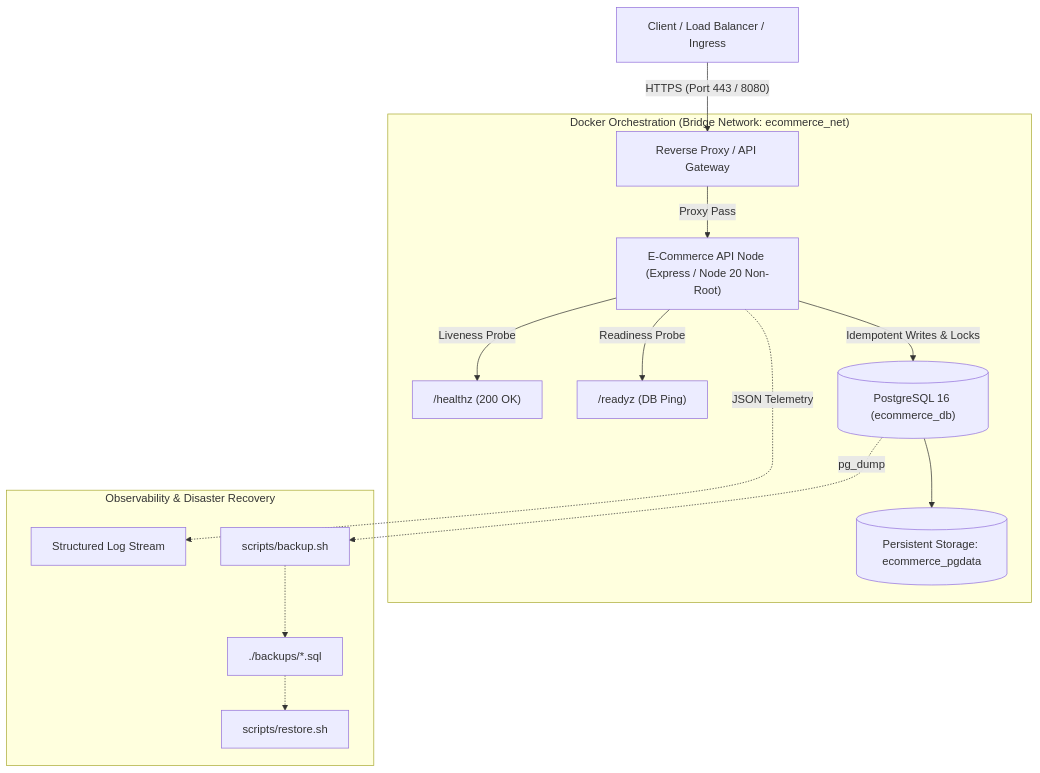
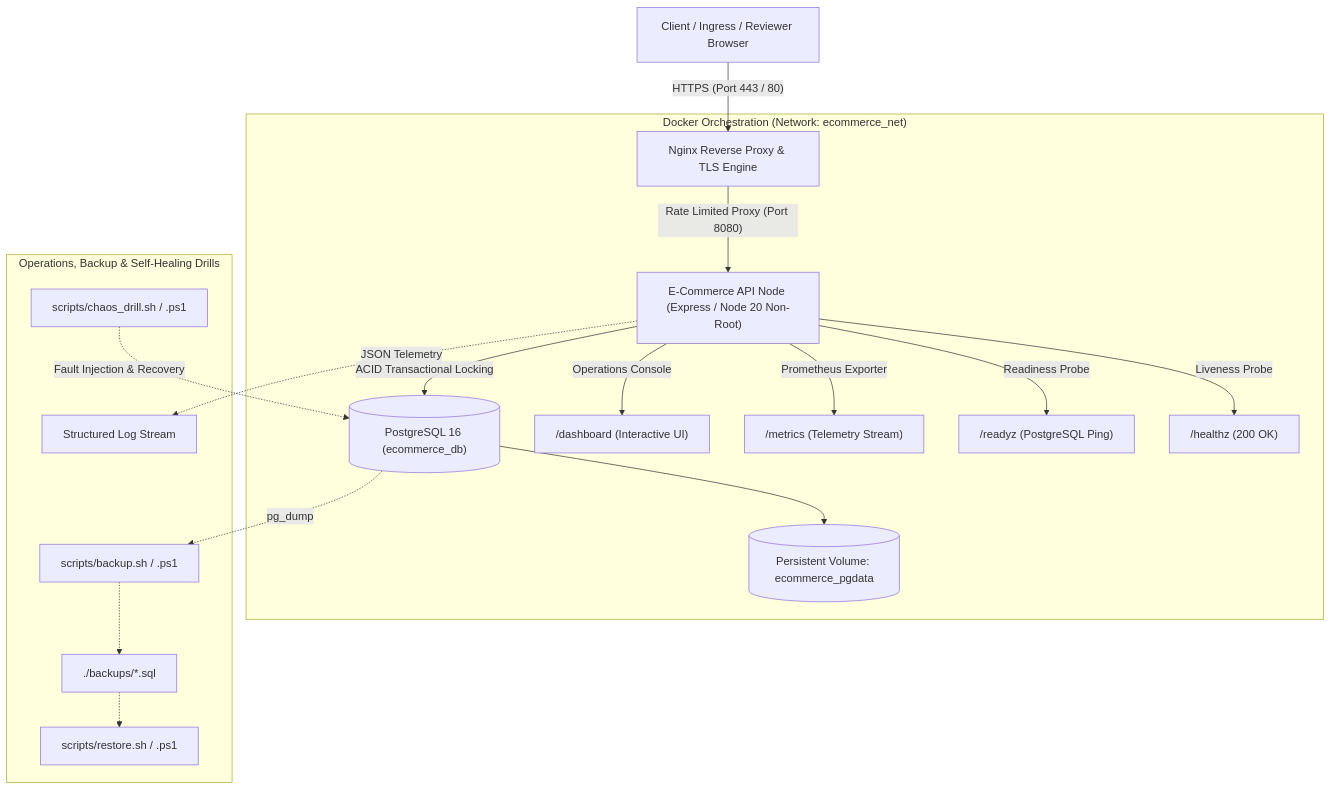
The diagram in README.md (mohitrajdeo/algions-cloud-ecommerce-platform), drawn with Mermaid before and after one commit. The commit also changed other lines of this file and 12 other files, not shown here.

Commit message:
feat: add interactive operations dashboard, Prometheus metrics exporter, Nginx TLS proxy, and chaos recovery drill

````diff
--- a/README.md
+++ b/README.md
@@ -17,21 +17,24 @@
 ```mermaid
 flowchart TD
-    Client["Client / Load Balancer / Ingress"] -->|"HTTPS (Port 443 / 8080)"| Gateway["Reverse Proxy / API Gateway"]
+    Client["Client / Ingress / Reviewer Browser"] -->|"HTTPS (Port 443 / 80)"| Proxy["Nginx Reverse Proxy & TLS Engine"]
     
-    subgraph Container_Cluster ["Docker Orchestration (Bridge Network: ecommerce_net)"]
-        Gateway -->|"Proxy Pass"| AppNode["E-Commerce API Node (Express / Node 20 Non-Root)"]
+    subgraph Container_Cluster ["Docker Orchestration (Network: ecommerce_net)"]
+        Proxy -->|"Rate Limited Proxy (Port 8080)"| AppNode["E-Commerce API Node (Express / Node 20 Non-Root)"]
         
         AppNode -->|"Liveness Probe"| Healthz["/healthz (200 OK)"]
-        AppNode -->|"Readiness Probe"| Readyz["/readyz (DB Ping)"]
-        AppNode -->|"Idempotent Writes & Locks"| DB[("PostgreSQL 16 (ecommerce_db)")]
+        AppNode -->|"Readiness Probe"| Readyz["/readyz (PostgreSQL Ping)"]
+        AppNode -->|"Prometheus Exporter"| Metrics["/metrics (Telemetry Stream)"]
+        AppNode -->|"Operations Console"| Dashboard["/dashboard (Interactive UI)"]
         
-        DB --> Vol[("Persistent Storage: ecommerce_pgdata")]
+        AppNode -->|"ACID Transactional Locking"| DB[("PostgreSQL 16 (ecommerce_db)")]
+        DB --> Vol[("Persistent Volume: ecommerce_pgdata")]
     end
 
-    subgraph Operations_Tools ["Observability & Disaster Recovery"]
+    subgraph Reliability_Tools ["Operations, Backup & Self-Healing Drills"]
         AppNode -.->|"JSON Telemetry"| Stdout["Structured Log Stream"]
-        DB -.->|"pg_dump"| BackupScript["scripts/backup.sh"]
+        DB -.->|"pg_dump"| BackupScript["scripts/backup.sh / .ps1"]
         BackupScript -.-> LocalBackups["./backups/*.sql"]
-        LocalBackups -.-> RestoreScript["scripts/restore.sh"]
+        LocalBackups -.-> RestoreScript["scripts/restore.sh / .ps1"]
+        ChaosDrill["scripts/chaos_drill.sh / .ps1"] -.->|"Fault Injection & Recovery"| DB
     end
 ```
````
